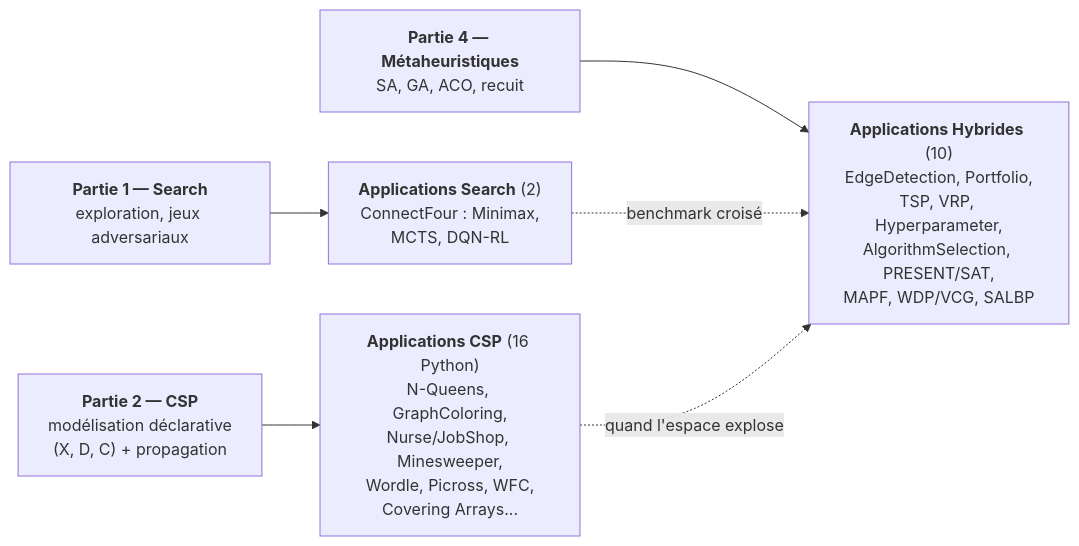
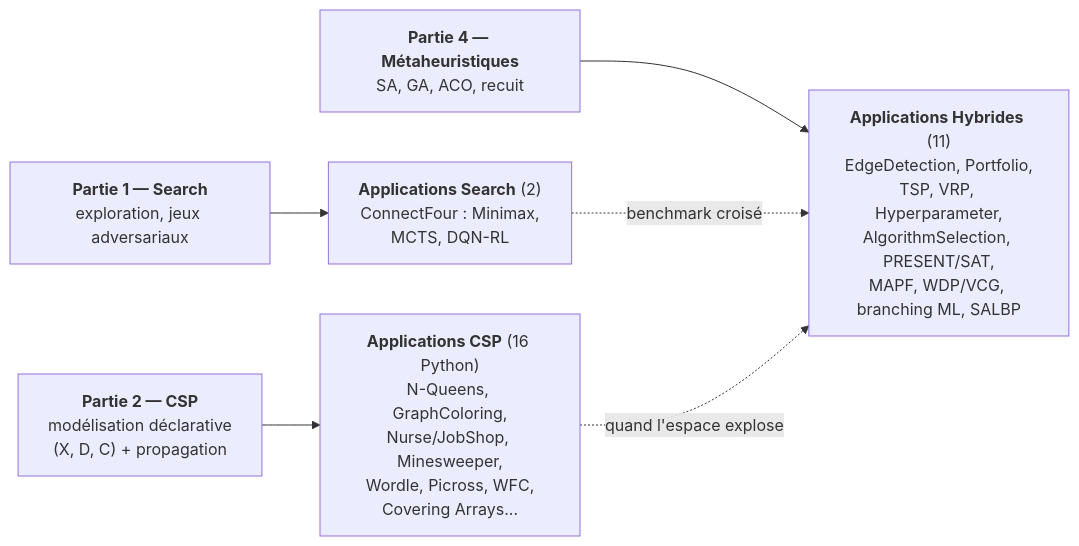
The diagram in MyIA.AI.Notebooks/Search/Applications/README.md (jsboige/CoursIA), drawn with Mermaid before and after one commit. The commit also changed other lines of this file and 8 other files, not shown here.

````diff
--- a/MyIA.AI.Notebooks/Search/Applications/README.md
+++ b/MyIA.AI.Notebooks/Search/Applications/README.md
@@ -38,14 +38,14 @@
 ```mermaid
 flowchart LR
     P1["<b>Partie 1 — Search</b><br/>exploration, jeux adversariaux"]
     P2["<b>Partie 2 — CSP</b><br/>modélisation déclarative<br/>(X, D, C) + propagation"]
     P4["<b>Partie 4 — Métaheuristiques</b><br/>SA, GA, ACO, recuit"]
     S["<b>Applications Search</b> (2)<br/>ConnectFour : Minimax,<br/>MCTS, DQN-RL"]
     C["<b>Applications CSP</b> (16 Python)<br/>N-Queens, GraphColoring,<br/>Nurse/JobShop, Minesweeper,<br/>Wordle, Picross, WFC,<br/>Covering Arrays..."]
-    H["<b>Applications Hybrides</b> (10)<br/>EdgeDetection, Portfolio,<br/>TSP, VRP, Hyperparameter,<br/>AlgorithmSelection, PRESENT/SAT,<br/>MAPF, WDP/VCG, SALBP"]
+    H["<b>Applications Hybrides</b> (11)<br/>EdgeDetection, Portfolio,<br/>TSP, VRP, Hyperparameter,<br/>AlgorithmSelection, PRESENT/SAT,<br/>MAPF, WDP/VCG, branching ML, SALBP"]
     P1 --> S
     P2 --> C
     P4 --> H
     S -.->|"benchmark croisé"| H
     C -.->|"quand l'espace explose"| H
 ```
````
